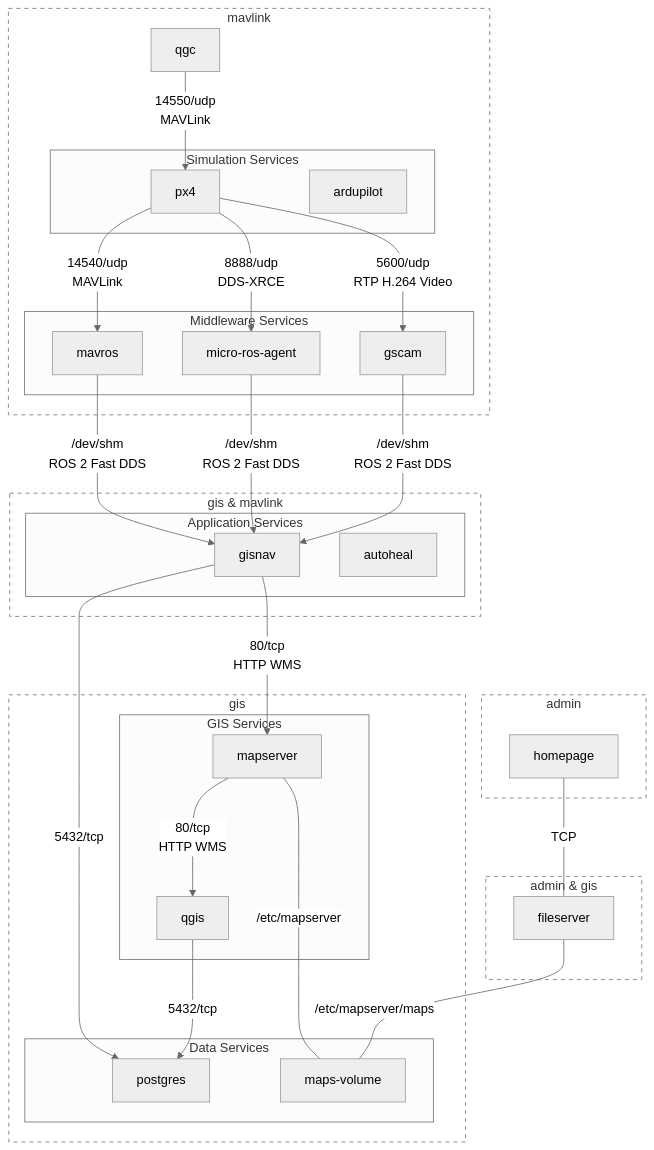
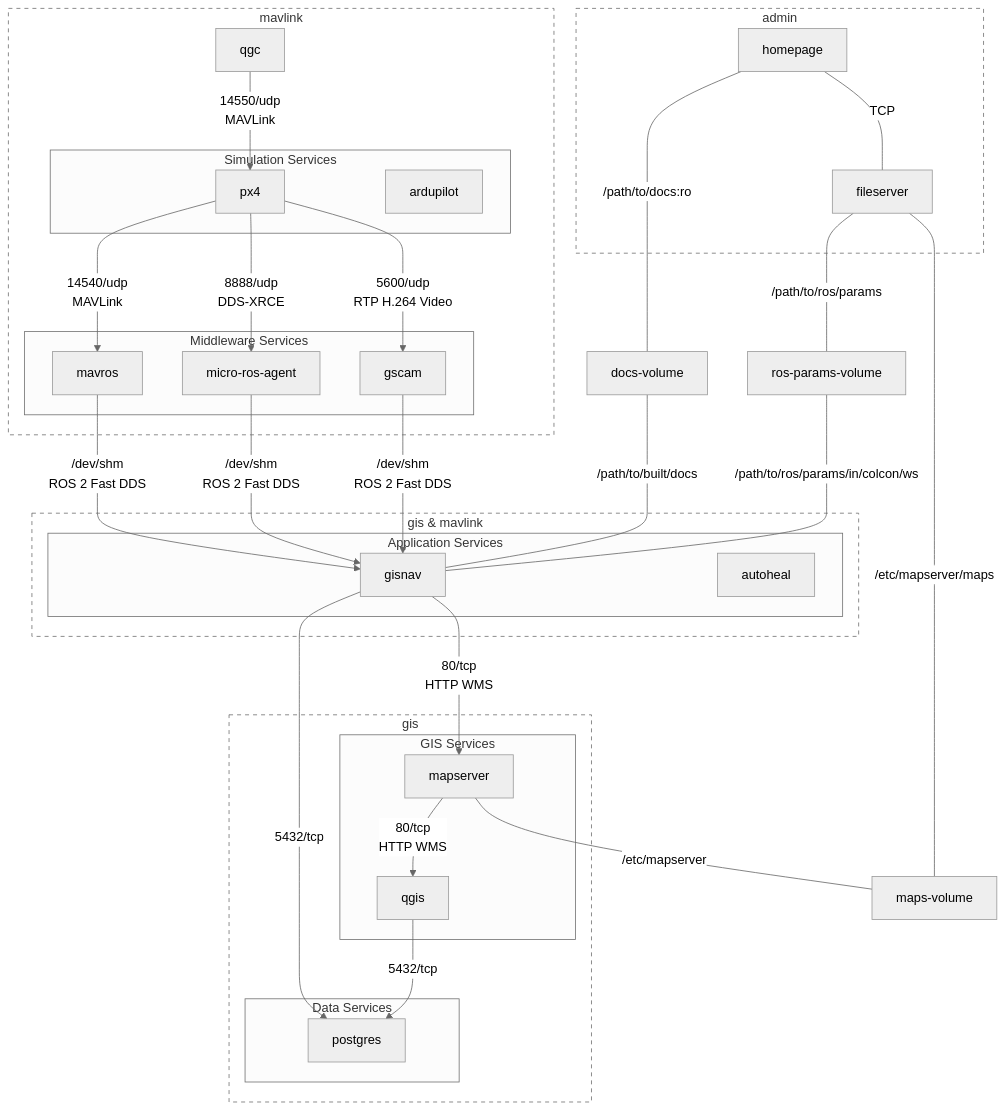
One commit to hmakelin/gisnav changed the diagram in docs/pages/developer_guide/offboard/docker_compose.rst. Above: the diagram before and after it, drawn with Mermaid (neutral theme). The commit also changed other lines of this file, not shown here.

Commit message:
Update system external interfaces diagram to include admin services

```diff
--- a/docs/pages/developer_guide/offboard/docker_compose.rst
+++ b/docs/pages/developer_guide/offboard/docker_compose.rst
@@ -46,61 +46,64 @@
 .. mermaid::
 
     graph TD
         subgraph mavlink ["mavlink"]
             mavlink_qgc[qgc]
             subgraph simulation ["Simulation Services"]
                 simulation_px4[px4]
                 simulation_ardupilot[ardupilot]
             end
             subgraph middleware ["Middleware Services"]
                 middleware_mavros[mavros]
                 middleware_micro_ros_agent[micro-ros-agent]
                 middleware_gscam[gscam]
             end
         end
 
         subgraph gis_mavlink ["gis & mavlink"]
             subgraph application ["Application Services"]
                 application_gisnav[gisnav]
                 application_autoheal[autoheal]
             end
         end
-
         subgraph gis ["gis"]
             subgraph gis_services ["GIS Services"]
                 gis_mapserver[mapserver]
                 gis_qgis[qgis]
             end
             subgraph data_services ["Data Services"]
                 gis_postgres[postgres]
-                gis_maps_volume[maps-volume]
             end
         end
 
         subgraph admin ["admin"]
             homepage[homepage]
+            fileserver[fileserver]
         end
 
-        subgraph admin_gis ["admin & gis"]
-            fileserver[fileserver]
-        end
+        application_docs_volume[docs-volume]
+        application_ros_params_volume[ros-params-volume]
+        gis_maps_volume[maps-volume]
 
         mavlink_qgc -->|14550/udp\nMAVLink| simulation_px4
         simulation_px4 -->|14540/udp\nMAVLink| middleware_mavros
         simulation_px4 -->|8888/udp\nDDS-XRCE | middleware_micro_ros_agent
         simulation_px4 -->|5600/udp\nRTP H.264 Video| middleware_gscam
         middleware_mavros -->|/dev/shm\nROS 2 Fast DDS| application_gisnav
         middleware_micro_ros_agent -->|/dev/shm\nROS 2 Fast DDS| application_gisnav
         middleware_gscam -->|/dev/shm\nROS 2 Fast DDS| application_gisnav
         application_gisnav -->|5432/tcp| gis_postgres
 
         application_gisnav -->|80/tcp\nHTTP WMS| gis_mapserver
         gis_mapserver -->|80/tcp\nHTTP WMS| gis_qgis
         gis_qgis -->|5432/tcp| gis_postgres
         gis_mapserver ---|/etc/mapserver| gis_maps_volume
         fileserver ---|/etc/mapserver/maps| gis_maps_volume
+        fileserver ---|/path/to/ros/params| application_ros_params_volume
+        application_docs_volume ---|/path/to/built/docs| application_gisnav
+        application_ros_params_volume ---|/path/to/ros/params/in/colcon/ws| application_gisnav
+        homepage ---|/path/to/docs:ro| application_docs_volume
 
         homepage ---|TCP| fileserver
 
         classDef network fill:transparent,stroke-dasharray:5 5;
         class mavlink,gis,gis_mavlink,admin,admin_gis network
```
